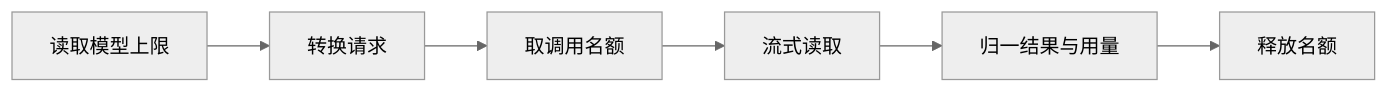
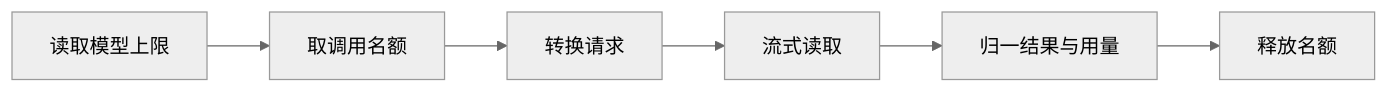
One commit to 0xfakeSpike/ollupi-docs changed the diagram in docs/zh/engine/models.md. Above: the diagram before and after it, drawn with Mermaid (neutral theme). The commit also changed other lines of this file and 86 other files, not shown here.

````diff
--- a/docs/zh/engine/models.md
+++ b/docs/zh/engine/models.md
@@ -62,8 +76,8 @@
 ```mermaid
 flowchart LR
-  A["读取模型上限"] --> B["转换请求"]
-  B --> C["取调用名额"]
+  A["读取模型上限"] --> B["取调用名额"]
+  B --> C["转换请求"]
   C --> D["流式读取"]
   D --> E["归一结果与用量"]
   E --> F["释放名额"]
 ```
````
